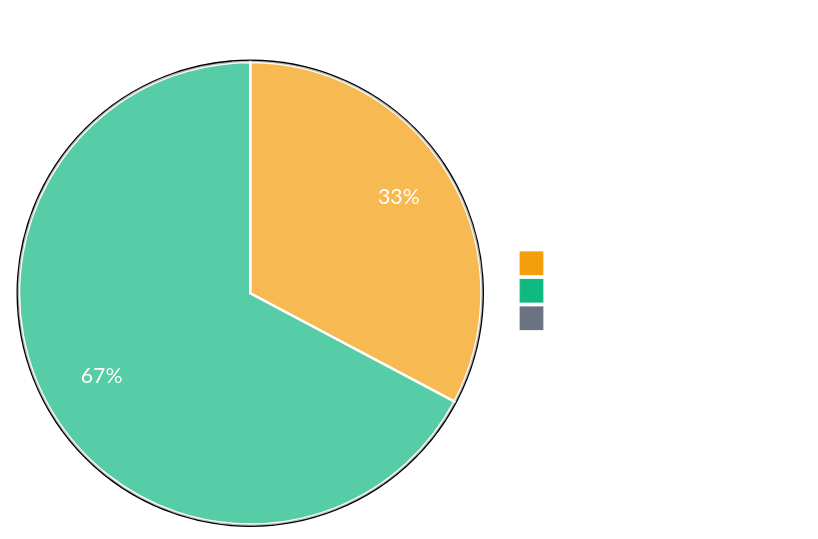
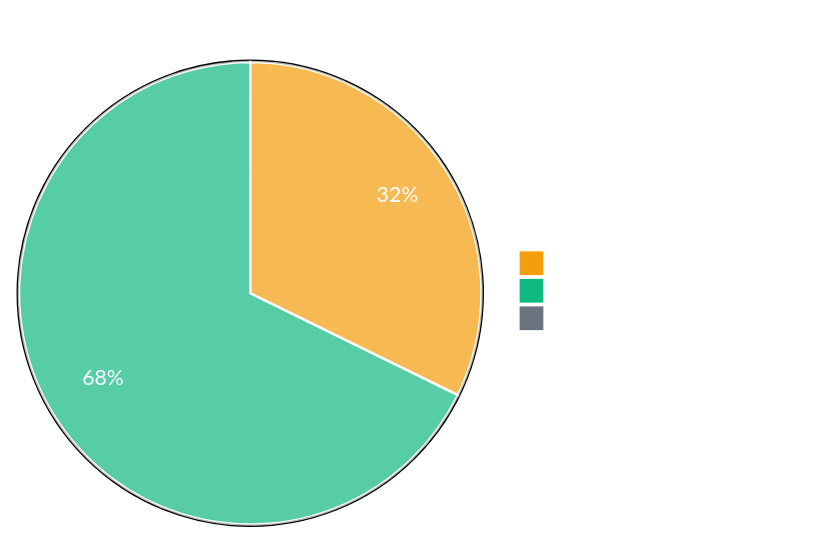
The first of 4 diagrams in Documentation/SynthoTec-4D/Overview.md (synthotec/synthotec.github.io), drawn with Mermaid before and after one commit. The commit also changed other lines of this file, not shown here.

Commit message:
Update documentation progress and completion stats
Refreshed the 'Last Updated' timestamp and revised documentation completion figures in the overview. The counts for 'Fully Documented' and 'Partially Documented' items have been updated to reflect current progress.

````diff
--- a/Documentation/SynthoTec-4D/Overview.md
+++ b/Documentation/SynthoTec-4D/Overview.md
@@ -18,7 +18,7 @@
 ```mermaid
 %%{init: {'theme':'base', 'themeVariables': {'pieStrokeColor': '#ffffff', 'pieStrokeWidth': '2px', 'primaryColor': '#f59e0b', 'primaryTextColor': '#fff', 'primaryBorderColor': '#000', 'secondaryColor': '#10b981', 'secondaryTextColor': '#fff', 'secondaryBorderColor': '#000', 'tertiaryColor': '#6b7280', 'tertiaryTextColor': '#fff', 'tertiaryBorderColor': '#000'}}}%%
 pie showData title Documentation Completion Status
-    "Fully Documented" : 96
-    "Partially Documented" : 197
+    "Fully Documented" : 141
+    "Partially Documented" : 296
     "Not Started" : 0
 ```
````
